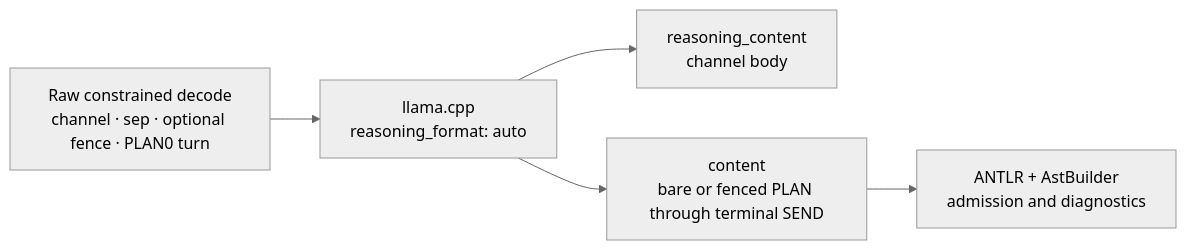
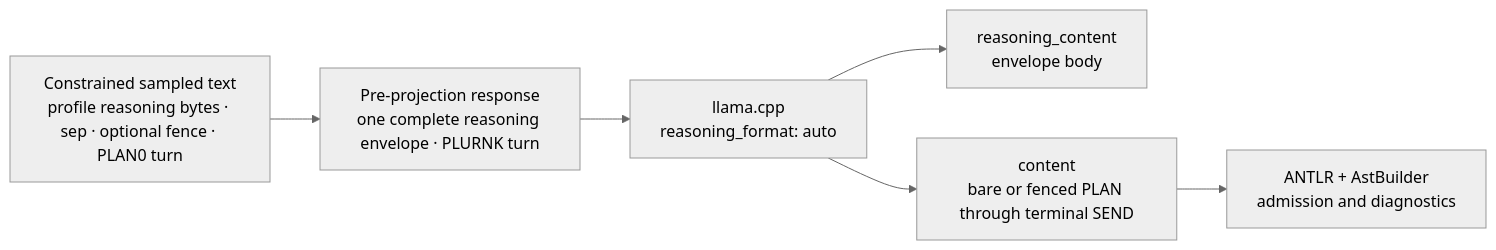
The second of 3 diagrams in plurnk-contracts/SPEC.md (plurnk/plurnk-service), drawn with Mermaid (neutral theme) before and after one commit. The commit also changed other lines of this file and 22 other files, not shown here.

````diff
--- a/plurnk-contracts/SPEC.md
+++ b/plurnk-contracts/SPEC.md
@@ -158,12 +165,14 @@
 ```mermaid
 flowchart LR
-    raw["Raw constrained decode<br/>channel · sep · optional fence · PLAN0 turn"]
+    sampled["Constrained sampled text<br/>profile reasoning bytes · sep · optional fence · PLAN0 turn"]
+    raw["Pre-projection response<br/>one complete reasoning envelope · PLURNK turn"]
     split["llama.cpp<br/>reasoning_format: auto"]
-    reasoning["reasoning_content<br/>channel body"]
+    reasoning["reasoning_content<br/>envelope body"]
     content["content<br/>bare or fenced PLAN through terminal SEND"]
     parser["ANTLR + AstBuilder<br/>admission and diagnostics"]
+    sampled --> raw
     raw --> split
     split --> reasoning
     split --> content
     content --> parser
 ```
````
